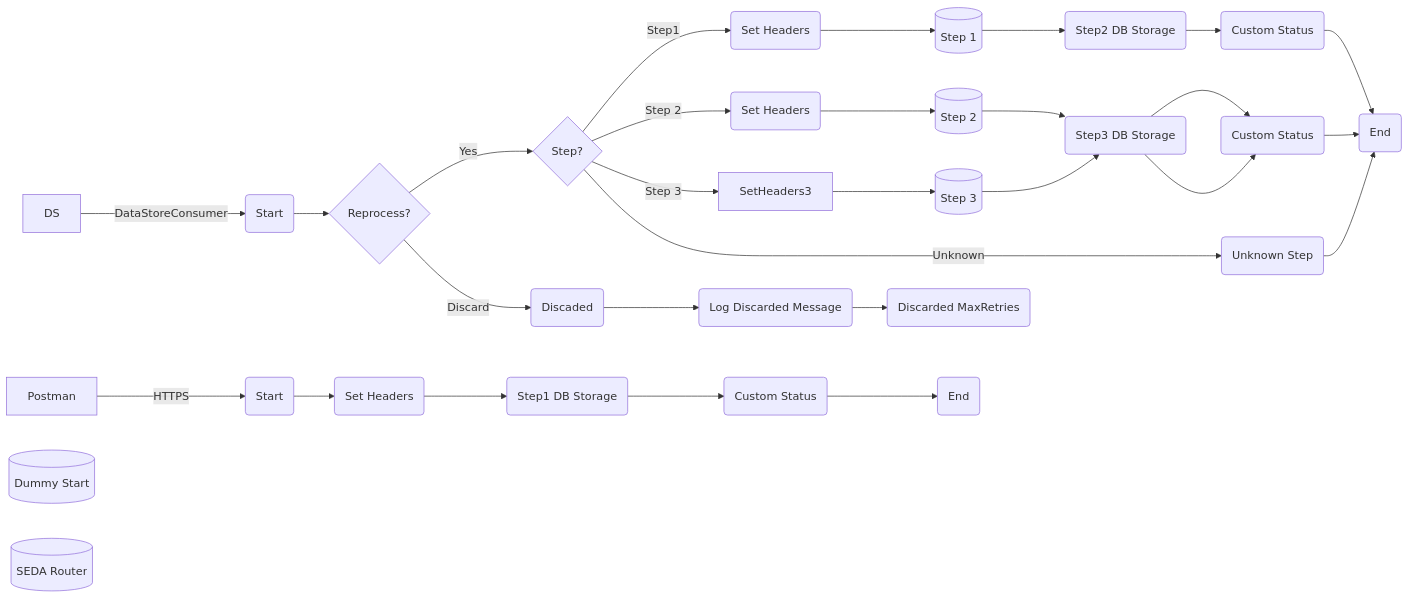
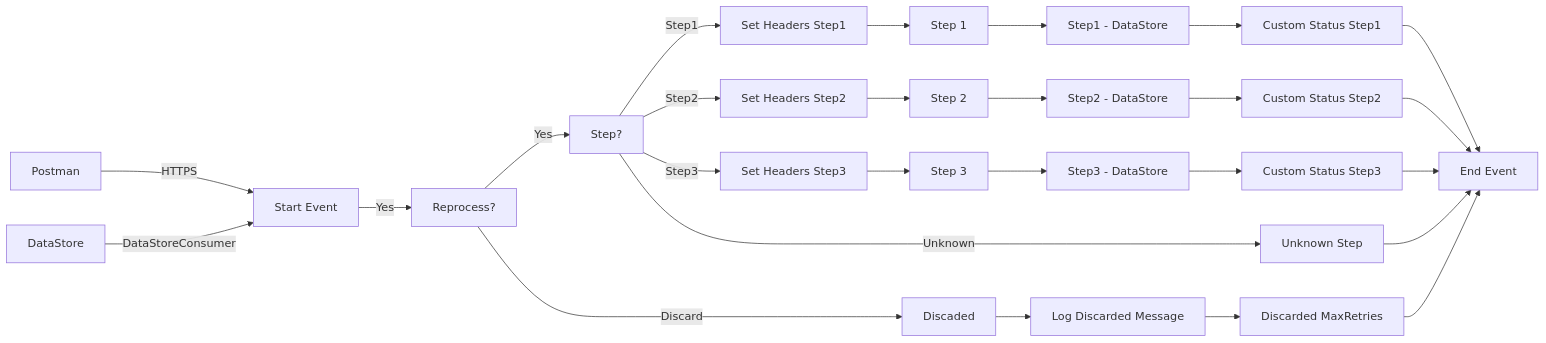
Before and after one commit to Avvale-IA-CICD/AvvaleCPI: the diagram in MMZ - Cell Iflows/SEDA_Model_-_Single_DS_-_Restart_and_Discard_MMZ-1.0.1/readme.md, drawn with Mermaid. The commit also changed other lines of this file, not shown here.

Commit message:
Add/update documentation for SEDA_Model_-_Single_DS_-_Restart_and_Discard_MMZ v1.0.1

````diff
--- a/MMZ - Cell Iflows/SEDA_Model_-_Single_DS_-_Restart_and_Discard_MMZ-1.0.1/readme.md
+++ b/MMZ - Cell Iflows/SEDA_Model_-_Single_DS_-_Restart_and_Discard_MMZ-1.0.1/readme.md
@@ -4,67 +4,51 @@
 ```mermaid
 graph LR
     Postman[Postman]
-    DS[DS]
+    DS[DataStore]
+    StartEvent[Start Event]
+    StepCheck[Reprocess?]
+    StepDecision[Step?]
+    Step1SetHeaders[Set Headers Step1]
+    Step2SetHeaders[Set Headers Step2]
+    Step3SetHeaders[Set Headers Step3]
+    Step1[Step 1]
+    Step2[Step 2]
+    Step3[Step 3]
+    Step1Status[Custom Status Step1]
+    Step2Status[Custom Status Step2]
+    Step3Status[Custom Status Step3]
+    Step1DB[Step1 - DataStore]
+    Step2DB[Step2 - DataStore]
+    Step3DB[Step3 - DataStore]
+    Discard[Discaded]
+    LogDiscard[Log Discarded Message]
+    EndDiscard[Discarded MaxRetries]
+    UnknownStep[Unknown Step]
+    EndEvent[End Event]
 
-    StartHTTPS(Start)
-    StartDS(Start)
-
-    SetHeaders0(Set Headers)
-    Step1DB(Step1 DB Storage)
-    SetHeaders1(Set Headers)
-    Step2DB(Step2 DB Storage)
-    SetHeaders2(Set Headers)
-    Step3DB(Step3 DB Storage)
-
-    CustomStatus0(Custom Status)
-    CustomStatus1(Custom Status)
-    CustomStatus2(Custom Status)
-
-    HTTPS_Component[(Dummy Start)]
-    SEDA_Router[(SEDA Router)]
-    Step1[(Step 1)]
-    Step2[(Step 2)]
-    Step3[(Step 3)]
-    Unknown(Unknown Step)
-    Discaded(Discaded)
-    LogDiscarded(Log Discarded Message)
-    EndDiscarded(Discarded MaxRetries)
-
-    EndHTTPS(End)
-    EndDS(End)
-
-    Postman -- HTTPS --> StartHTTPS
-    StartHTTPS --> SetHeaders0
-    SetHeaders0 --> Step1DB
-    Step1DB --> CustomStatus0
-    CustomStatus0 --> EndHTTPS
-
-    DS -- DataStoreConsumer --> StartDS
-    StartDS --> Reprocess{Reprocess?}
-    Reprocess -- Yes --> StepChoice{Step?}
-    Reprocess -- Discard --> Discaded
-    Discaded --> LogDiscarded
-    LogDiscarded --> EndDiscarded
-    
-    StepChoice -- Step1 --> SetHeaders1
-    StepChoice -- Step 2 --> SetHeaders2
-    StepChoice -- Step 3 --> SetHeaders3
-    StepChoice -- Unknown --> Unknown
-
-    SetHeaders1 --> Step1
-    SetHeaders2 --> Step2
-    SetHeaders3 --> Step3
-    
-    Step1 --> Step2DB
-    Step2DB --> CustomStatus1
+    Postman -- HTTPS --> StartEvent
+    DS -- DataStoreConsumer --> StartEvent
+    StartEvent -- Yes --> StepCheck
+    StepCheck -- Discard --> Discard
+    StepCheck -- Yes --> StepDecision
+    StepDecision -- Step1 --> Step1SetHeaders
+    StepDecision -- Step2 --> Step2SetHeaders
+    StepDecision -- Step3 --> Step3SetHeaders
+    Step1SetHeaders --> Step1
+    Step2SetHeaders --> Step2
+    Step3SetHeaders --> Step3
+    Step1 --> Step1DB
+    Step2 --> Step2DB
     Step3 --> Step3DB
-    Step3DB --> CustomStatus2
-
-    Step2 --> Step3DB
-    Step3DB --> CustomStatus2
-
-    CustomStatus1 --> EndDS
-    CustomStatus2 --> EndDS
-    
-    Unknown --> EndDS
+    Step1DB --> Step1Status
+    Step2DB --> Step2Status
+    Step3DB --> Step3Status
+    Step1Status --> EndEvent
+    Step2Status --> EndEvent
+    Step3Status --> EndEvent
+    StepDecision -- Unknown --> UnknownStep
+    UnknownStep --> EndEvent
+    Discard --> LogDiscard
+    LogDiscard --> EndDiscard
+    EndDiscard --> EndEvent
 ```
````
